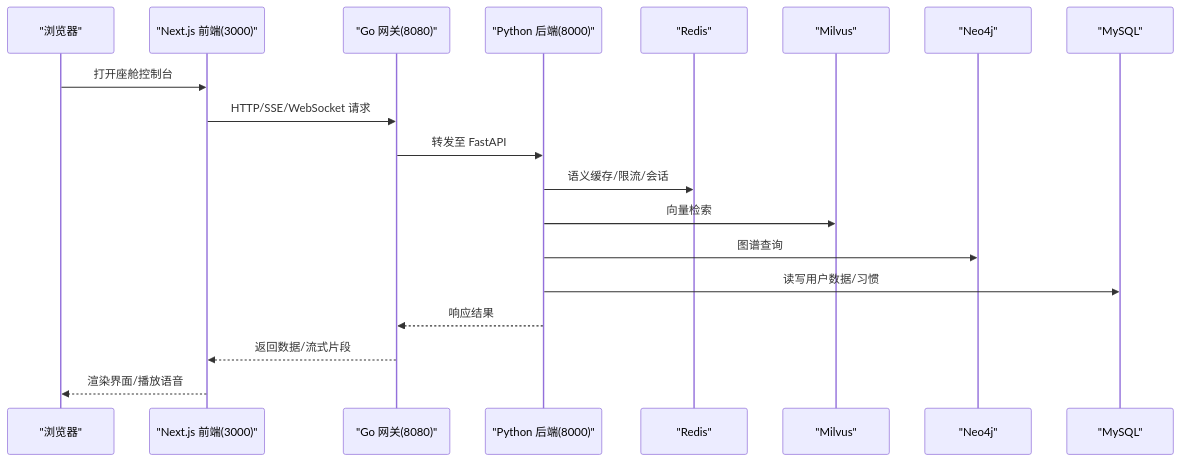
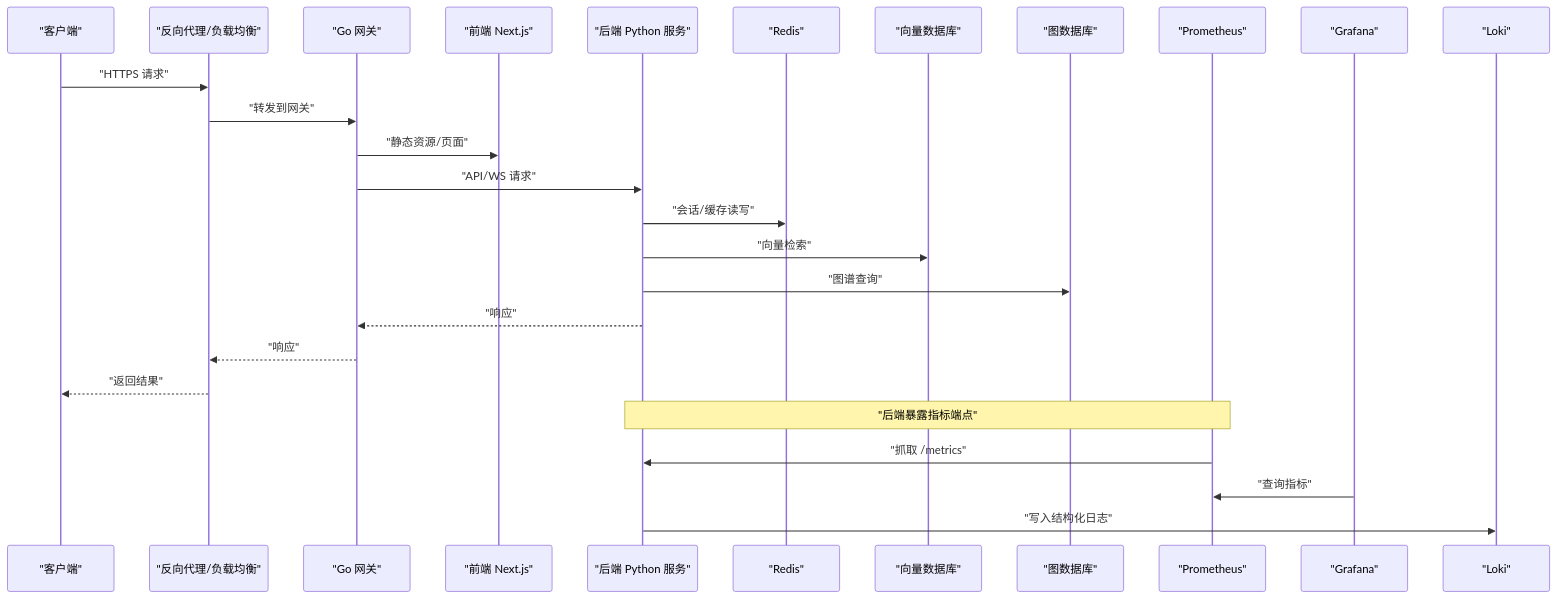
Before and after one commit to zmdhdu/NexusCockpit: the second of 8 diagrams in .qoder/repowiki/zh/content/架构设计/部署架构设计.md, drawn with Mermaid. The commit also changed other lines of this file and 535 other files, not shown here.

````diff
--- a/.qoder/repowiki/zh/content/架构设计/部署架构设计.md
+++ b/.qoder/repowiki/zh/content/架构设计/部署架构设计.md
@@ -125,21 +139,28 @@
 ```mermaid
 sequenceDiagram
-participant U as "浏览器"
-participant FE as "Next.js 前端(3000)"
-participant GW as "Go 网关(8080)"
-participant PY as "Python 后端(8000)"
-participant R as "Redis"
-participant M as "Milvus"
-participant G as "Neo4j"
-participant DB as "MySQL"
-U->>FE : 打开座舱控制台
-FE->>GW : HTTP/SSE/WebSocket 请求
-GW->>PY : 转发至 FastAPI
-PY->>R : 语义缓存/限流/会话
-PY->>M : 向量检索
-PY->>G : 图谱查询
-PY->>DB : 读写用户数据/习惯
-PY-->>GW : 响应结果
-GW-->>FE : 返回数据/流式片段
-FE-->>U : 渲染界面/播放语音
+participant C as "客户端"
+participant LB as "反向代理/负载均衡"
+participant GW as "Go 网关"
+participant FE as "前端 Next.js"
+participant BE as "后端 Python 服务"
+participant REDIS as "Redis"
+participant VDB as "向量数据库"
+participant GDB as "图数据库"
+participant PROM as "Prometheus"
+participant GRAF as "Grafana"
+participant LOKI as "Loki"
+C->>LB : "HTTPS 请求"
+LB->>GW : "转发到网关"
+GW->>FE : "静态资源/页面"
+GW->>BE : "API/WS 请求"
+BE->>REDIS : "会话/缓存读写"
+BE->>VDB : "向量检索"
+BE->>GDB : "图谱查询"
+BE-->>GW : "响应"
+GW-->>LB : "响应"
+LB-->>C : "返回结果"
+Note over BE,PROM : "后端暴露指标端点"
+PROM->>BE : "抓取 /metrics"
+GRAF->>PROM : "查询指标"
+BE->>LOKI : "写入结构化日志"
 ```
````
